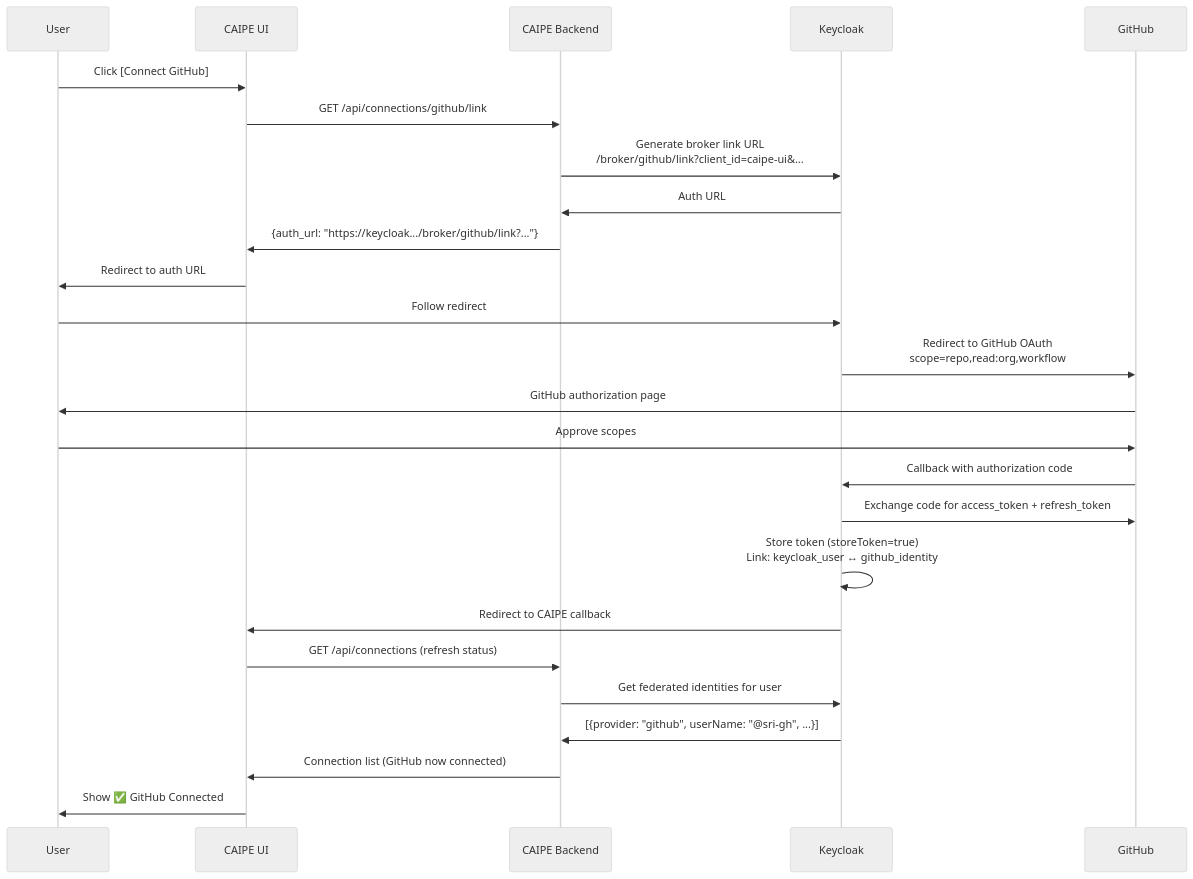
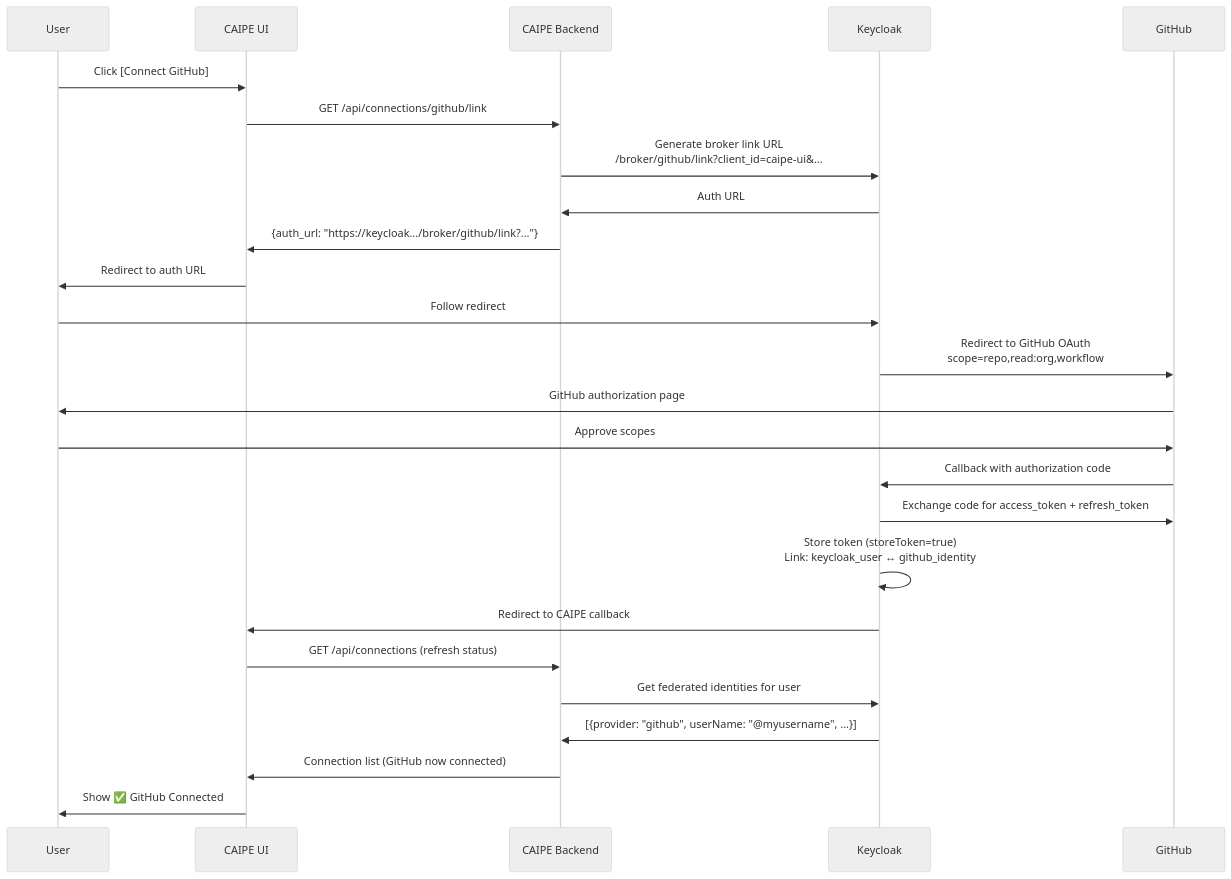
The seventh of 9 diagrams in docs/docs/architecture/enterprise-identity-federation.md (cnoe-io/ai-platform-engineering), drawn with Mermaid (neutral theme) before and after one commit. The commit also changed other lines of this file, not shown here.

First line of the commit message:
docs(architecture): remove Cisco-specific references, make doc generic

````diff
--- a/docs/docs/architecture/enterprise-identity-federation.md
+++ b/docs/docs/architecture/enterprise-identity-federation.md
@@ -682,30 +682,30 @@
 ```mermaid
 sequenceDiagram
     participant U as User
     participant UI as CAIPE UI
     participant API as CAIPE Backend
     participant KC as Keycloak
     participant GH as GitHub
 
     U->>UI: Click [Connect GitHub]
     UI->>API: GET /api/connections/github/link
     API->>KC: Generate broker link URL<br/>/broker/github/link?client_id=caipe-ui&...
     KC->>API: Auth URL
     API->>UI: {auth_url: "https://keycloak.../broker/github/link?..."}
     UI->>U: Redirect to auth URL
 
     U->>KC: Follow redirect
     KC->>GH: Redirect to GitHub OAuth<br/>scope=repo,read:org,workflow
     GH->>U: GitHub authorization page
     U->>GH: Approve scopes
     GH->>KC: Callback with authorization code
     KC->>GH: Exchange code for access_token + refresh_token
     KC->>KC: Store token (storeToken=true)<br/>Link: keycloak_user ↔ github_identity
 
     KC->>UI: Redirect to CAIPE callback
     UI->>API: GET /api/connections (refresh status)
     API->>KC: Get federated identities for user
-    KC->>API: [{provider: "github", userName: "@sri-gh", ...}]
+    KC->>API: [{provider: "github", userName: "@myusername", ...}]
     API->>UI: Connection list (GitHub now connected)
     UI->>U: Show ✅ GitHub Connected
 ```
````
